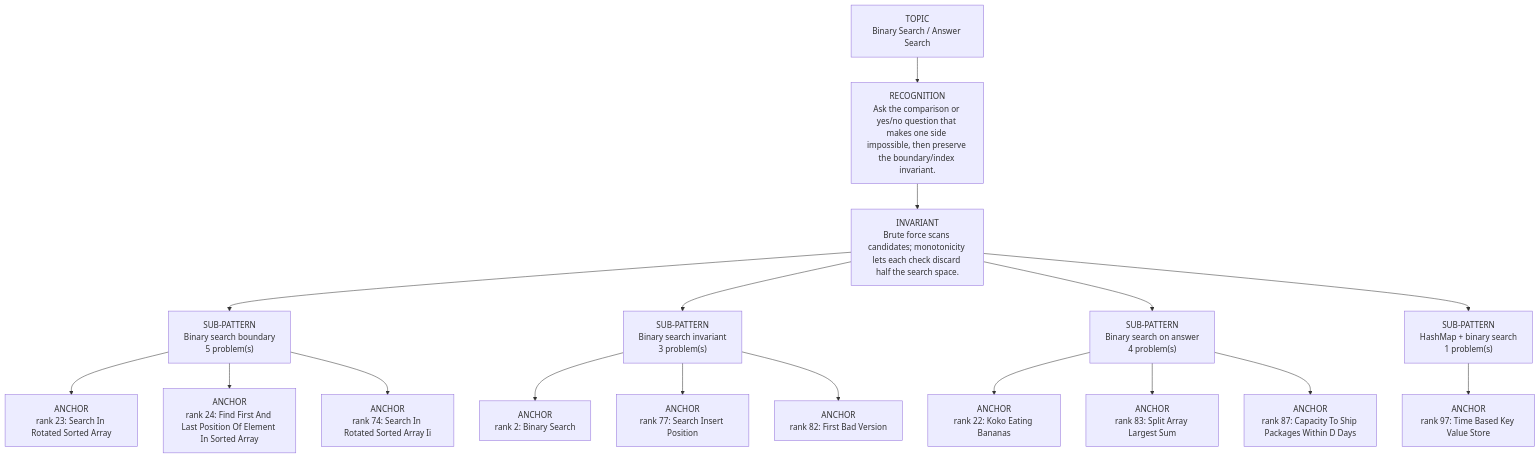
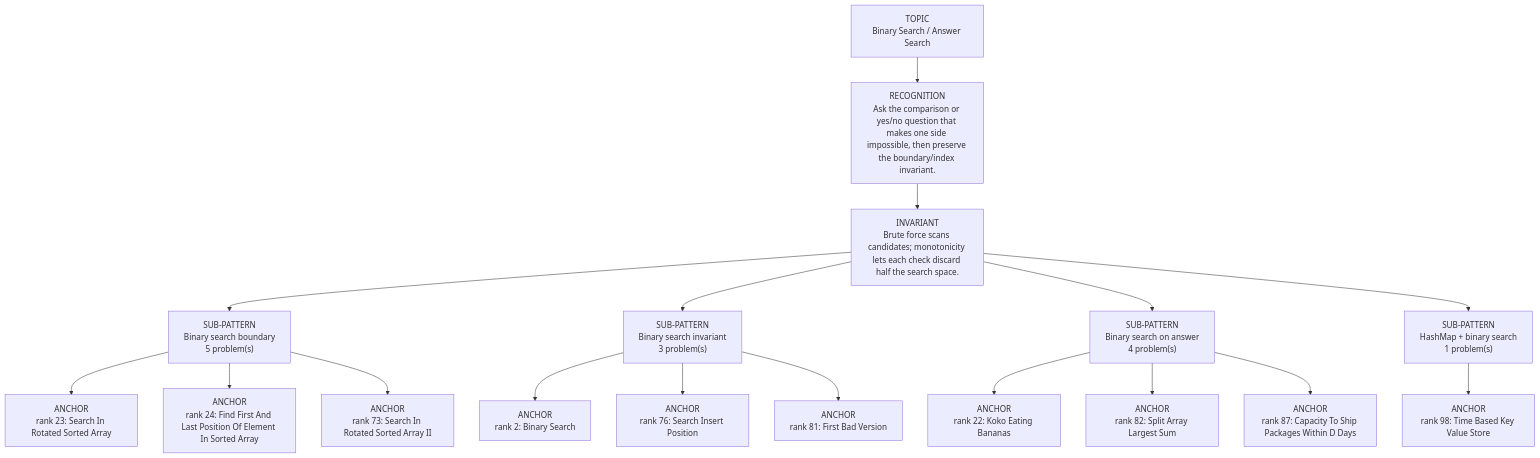
One commit to thechiranjeevjain/DSA10days changed the diagram in dsa-review/interview/patterns/02_binary_search.md. Above: the diagram before and after it, drawn with Mermaid. The commit also changed other lines of this file and 61 other files, not shown here.

````diff
--- a/dsa-review/interview/patterns/02_binary_search.md
+++ b/dsa-review/interview/patterns/02_binary_search.md
@@ -15,21 +15,21 @@
 ```mermaid
 flowchart TD
   Topic["TOPIC<br/>Binary Search / Answer Search"]
   Recognition["RECOGNITION<br/>Ask the comparison or yes/no question that makes one side impossible, then preserve the boundary/index invariant."]
   Invariant["INVARIANT<br/>Brute force scans candidates; monotonicity lets each check discard half the search space."]
   Topic --> Recognition --> Invariant
   Invariant --> Sub01["SUB-PATTERN<br/>Binary search boundary<br/>5 problem(s)"]
   Sub01 --> Sub01A01["ANCHOR<br/>rank 23: Search In Rotated Sorted Array"]
   Sub01 --> Sub01A02["ANCHOR<br/>rank 24: Find First And Last Position Of Element In Sorted Array"]
-  Sub01 --> Sub01A03["ANCHOR<br/>rank 74: Search In Rotated Sorted Array Ii"]
+  Sub01 --> Sub01A03["ANCHOR<br/>rank 73: Search In Rotated Sorted Array II"]
   Invariant --> Sub02["SUB-PATTERN<br/>Binary search invariant<br/>3 problem(s)"]
   Sub02 --> Sub02A01["ANCHOR<br/>rank 2: Binary Search"]
-  Sub02 --> Sub02A02["ANCHOR<br/>rank 77: Search Insert Position"]
-  Sub02 --> Sub02A03["ANCHOR<br/>rank 82: First Bad Version"]
+  Sub02 --> Sub02A02["ANCHOR<br/>rank 76: Search Insert Position"]
+  Sub02 --> Sub02A03["ANCHOR<br/>rank 81: First Bad Version"]
   Invariant --> Sub03["SUB-PATTERN<br/>Binary search on answer<br/>4 problem(s)"]
   Sub03 --> Sub03A01["ANCHOR<br/>rank 22: Koko Eating Bananas"]
-  Sub03 --> Sub03A02["ANCHOR<br/>rank 83: Split Array Largest Sum"]
+  Sub03 --> Sub03A02["ANCHOR<br/>rank 82: Split Array Largest Sum"]
   Sub03 --> Sub03A03["ANCHOR<br/>rank 87: Capacity To Ship Packages Within D Days"]
   Invariant --> Sub04["SUB-PATTERN<br/>HashMap + binary search<br/>1 problem(s)"]
-  Sub04 --> Sub04A01["ANCHOR<br/>rank 97: Time Based Key Value Store"]
+  Sub04 --> Sub04A01["ANCHOR<br/>rank 98: Time Based Key Value Store"]
 ```
````
